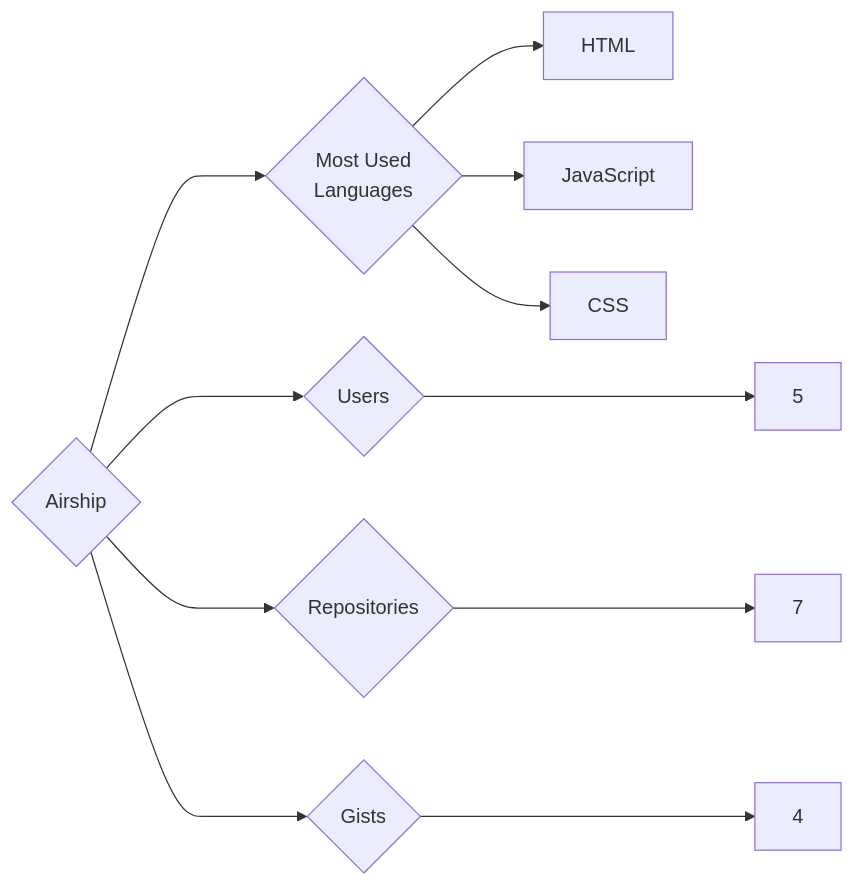
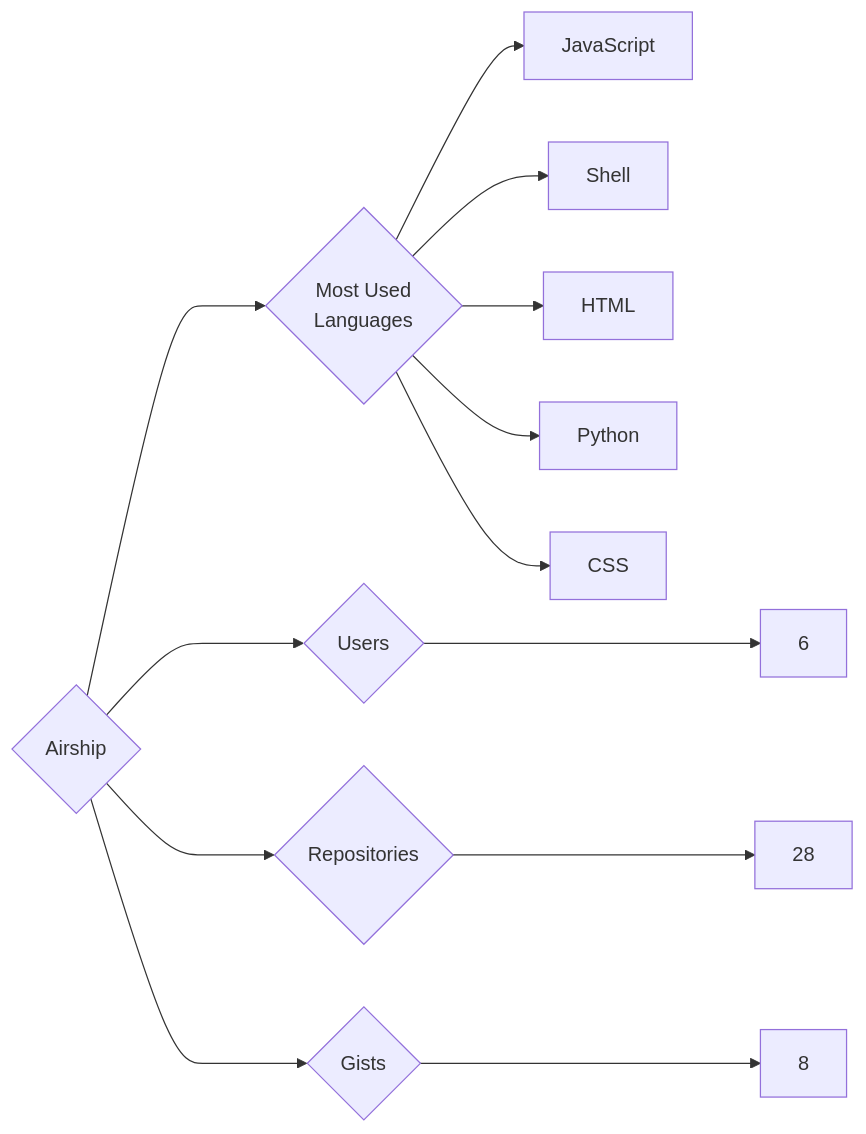
One commit to trickest/insiders changed the diagram in targets/Airship/README.md. Above: the diagram before and after it, drawn with Mermaid. The commit also changed 611 other files, not shown here.

````diff
--- a/targets/Airship/README.md
+++ b/targets/Airship/README.md
@@ -3,11 +3,13 @@
 ```mermaid
 graph LR
 COMPANY_NAME{Airship}
-COMPANY_NAME ---> U{Users} ---> UN[5]
-COMPANY_NAME ---> R{Repositories} ---> RN[7]
-COMPANY_NAME ---> G{Gists} ---> GN[4]
+COMPANY_NAME ---> U{Users} ---> UN[6]
+COMPANY_NAME ---> R{Repositories} ---> RN[28]
+COMPANY_NAME ---> G{Gists} ---> GN[8]
 COMPANY_NAME ---> ML{Most Used<br>Languages}
+ML --> JavaScript[JavaScript]
+ML --> Shell[Shell]
 ML --> HTML[HTML]
-ML --> JavaScript[JavaScript]
+ML --> Python[Python]
 ML --> CSS[CSS]
 ```
````
